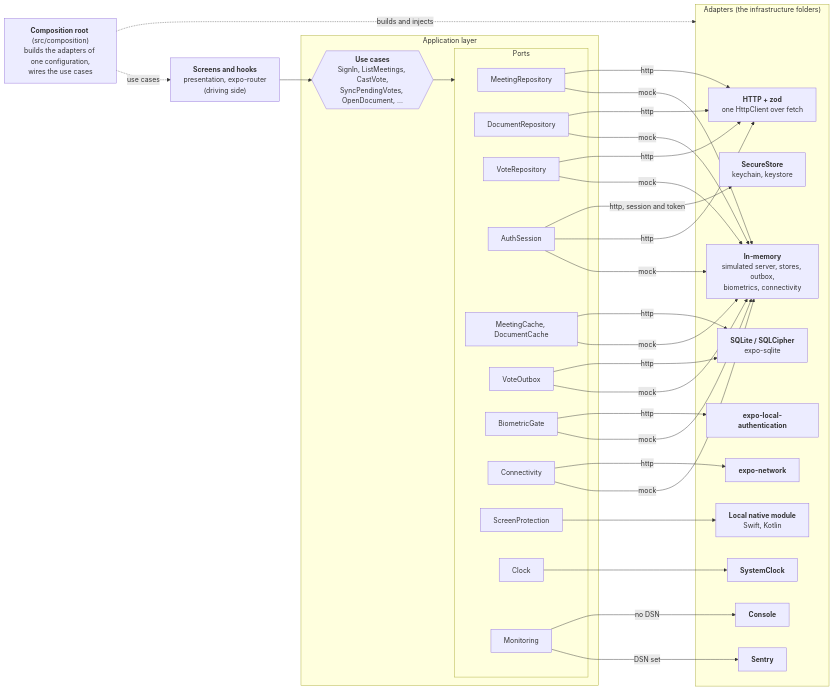
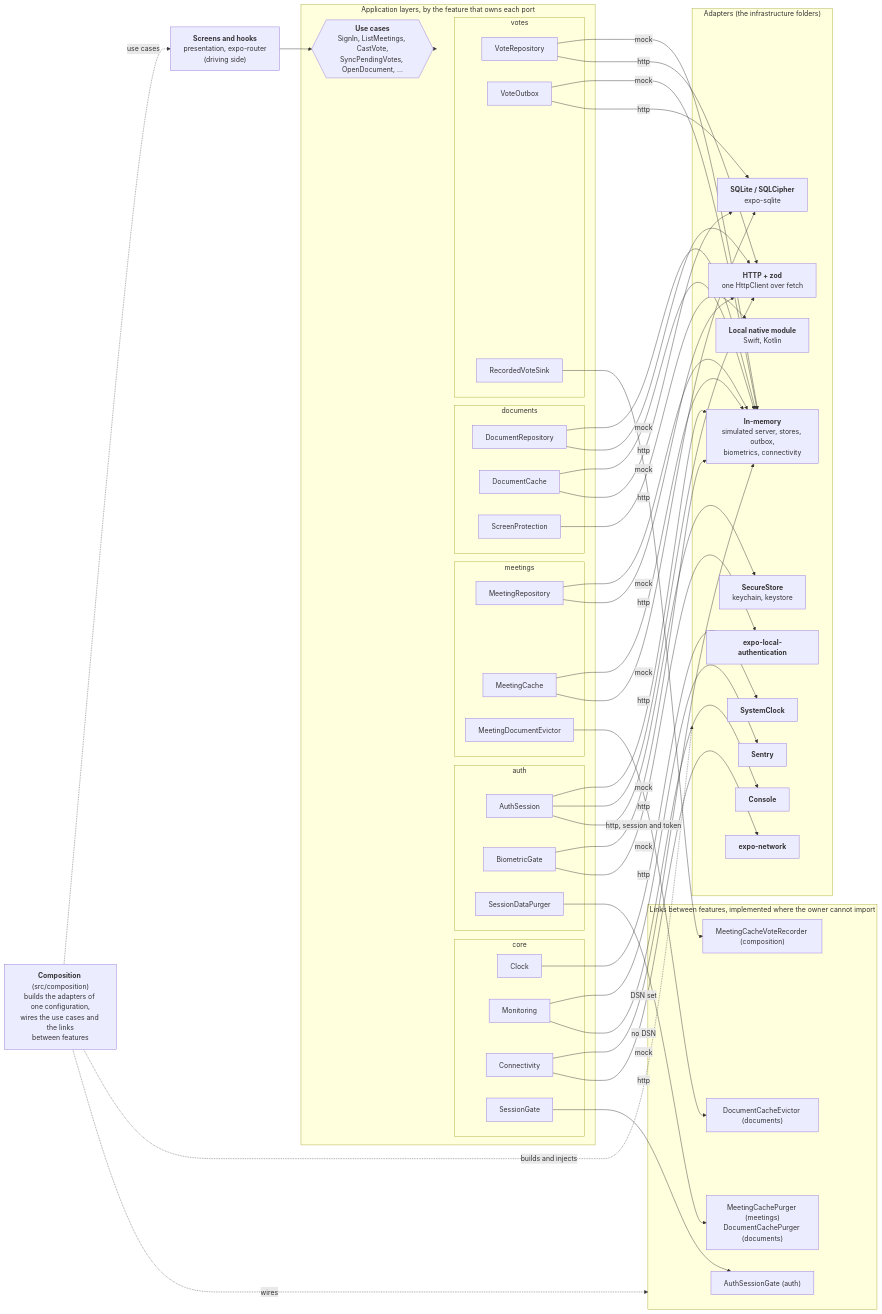
One commit to Rileyjrjohns/boardroom changed the diagram in README.md. Above: the diagram before and after it, drawn with Mermaid. The commit also changed other lines of this file and 16 other files, not shown here.

Commit message:
docs: describe the feature-first architecture and its inversions (ADR 0015 supersedes ADR 0001)

````diff
--- a/README.md
+++ b/README.md
@@ -19,51 +19,77 @@
 ```mermaid
 flowchart LR
     screens["<b>Screens and hooks</b><br/>presentation, expo-router<br/>(driving side)"]
-    root["<b>Composition root</b> (src/composition)<br/>builds the adapters of one configuration,<br/>wires the use cases"]
+    root["<b>Composition</b> (src/composition)<br/>builds the adapters of one configuration,<br/>wires the use cases and the links<br/>between features"]
 
-    subgraph core["Application layer"]
+    subgraph app["Application layers, by the feature that owns each port"]
         usecases{{"<b>Use cases</b><br/>SignIn, ListMeetings, CastVote,<br/>SyncPendingVotes, OpenDocument, ..."}}
-        subgraph ports["Ports"]
-            MR["MeetingRepository"]
-            DR["DocumentRepository"]
-            VR["VoteRepository"]
-            AS["AuthSession"]
-            CA["MeetingCache, DocumentCache"]
-            VO["VoteOutbox"]
-            BG["BiometricGate"]
-            CO["Connectivity"]
-            SP["ScreenProtection"]
+        subgraph corep["core"]
             CK["Clock"]
             MO["Monitoring"]
+            CO["Connectivity"]
+            SG["SessionGate"]
+        end
+        subgraph authp["auth"]
+            AS["AuthSession"]
+            BG["BiometricGate"]
+            SDP["SessionDataPurger"]
+        end
+        subgraph meetp["meetings"]
+            MR["MeetingRepository"]
+            MC["MeetingCache"]
+            MDE["MeetingDocumentEvictor"]
+        end
+        subgraph docp["documents"]
+            DR["DocumentRepository"]
+            DC["DocumentCache"]
+            SP["ScreenProtection"]
+        end
+        subgraph votep["votes"]
+            VR["VoteRepository"]
+            VO["VoteOutbox"]
+            RVS["RecordedVoteSink"]
         end
     end
 
     subgraph adapters["Adapters (the infrastructure folders)"]
         MEM["<b>In-memory</b><br/>simulated server, stores, outbox,<br/>biometrics, connectivity"]
         HTTP["<b>HTTP + zod</b><br/>one HttpClient over fetch"]
         SQL["<b>SQLite / SQLCipher</b><br/>expo-sqlite"]
         SEC["<b>SecureStore</b><br/>keychain, keystore"]
         BIO["<b>expo-local-authentication</b>"]
         NET["<b>expo-network</b>"]
         NAT["<b>Local native module</b><br/>Swift, Kotlin"]
         SYS["<b>SystemClock</b>"]
         SEN["<b>Sentry</b>"]
         CON["<b>Console</b>"]
     end
 
+    subgraph links["Links between features, implemented where the owner cannot import"]
+        AGATE["AuthSessionGate (auth)"]
+        PURGE["MeetingCachePurger (meetings)<br/>DocumentCachePurger (documents)"]
+        EVICT["DocumentCacheEvictor (documents)"]
+        REC["MeetingCacheVoteRecorder (composition)"]
+    end
+
     screens --> usecases
-    usecases --> ports
+    usecases --> app
     root -. "use cases" .-> screens
     root -. "builds and injects" .-> adapters
+    root -. "wires" .-> links
 
-    MR & DR & VR & AS & CA & VO & BG & CO -->|mock| MEM
+    SG --> AGATE
+    SDP --> PURGE
+    MDE --> EVICT
+    RVS --> REC
+
+    MR & DR & VR & AS & MC & DC & VO & BG & CO -->|mock| MEM
     MR & DR & VR & AS -->|http| HTTP
     AS -->|http, session and token| SEC
-    CA & VO -->|http| SQL
+    MC & DC & VO -->|http| SQL
     BG -->|http| BIO
     CO -->|http| NET
     SP --> NAT
     CK --> SYS
     MO -->|DSN set| SEN
     MO -->|no DSN| CON
 ```
````
